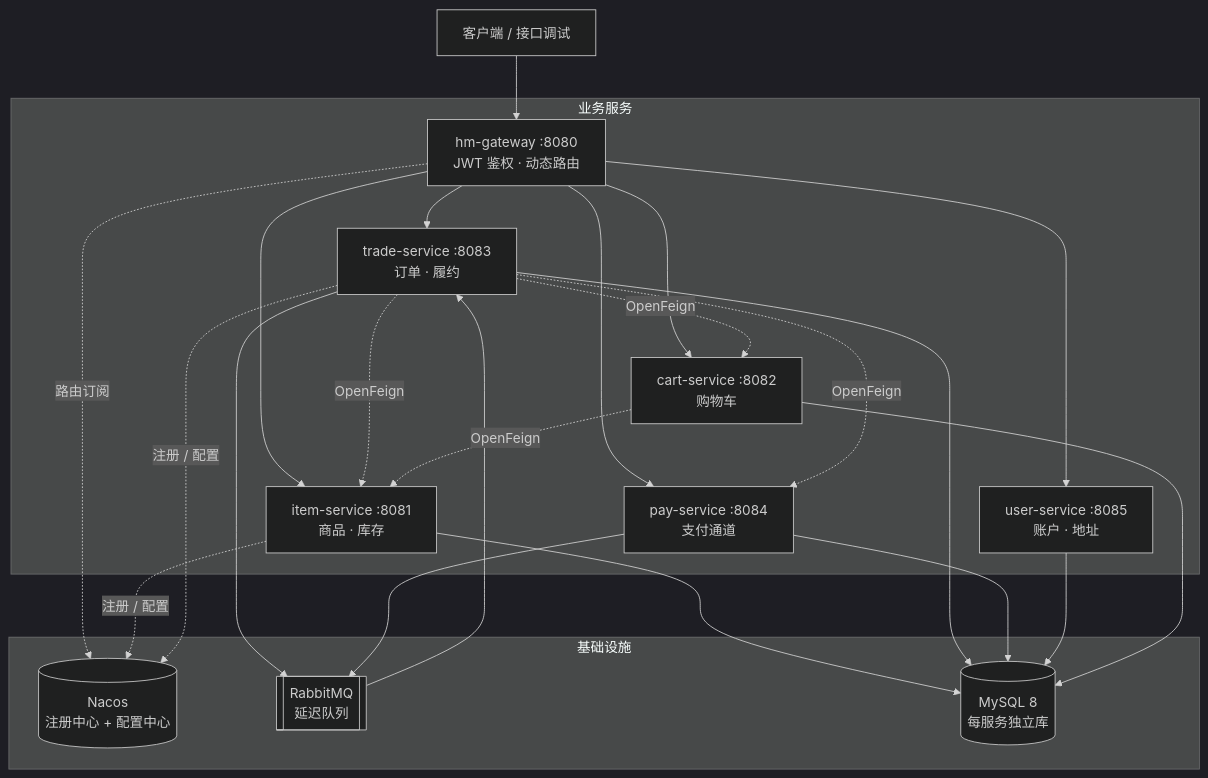
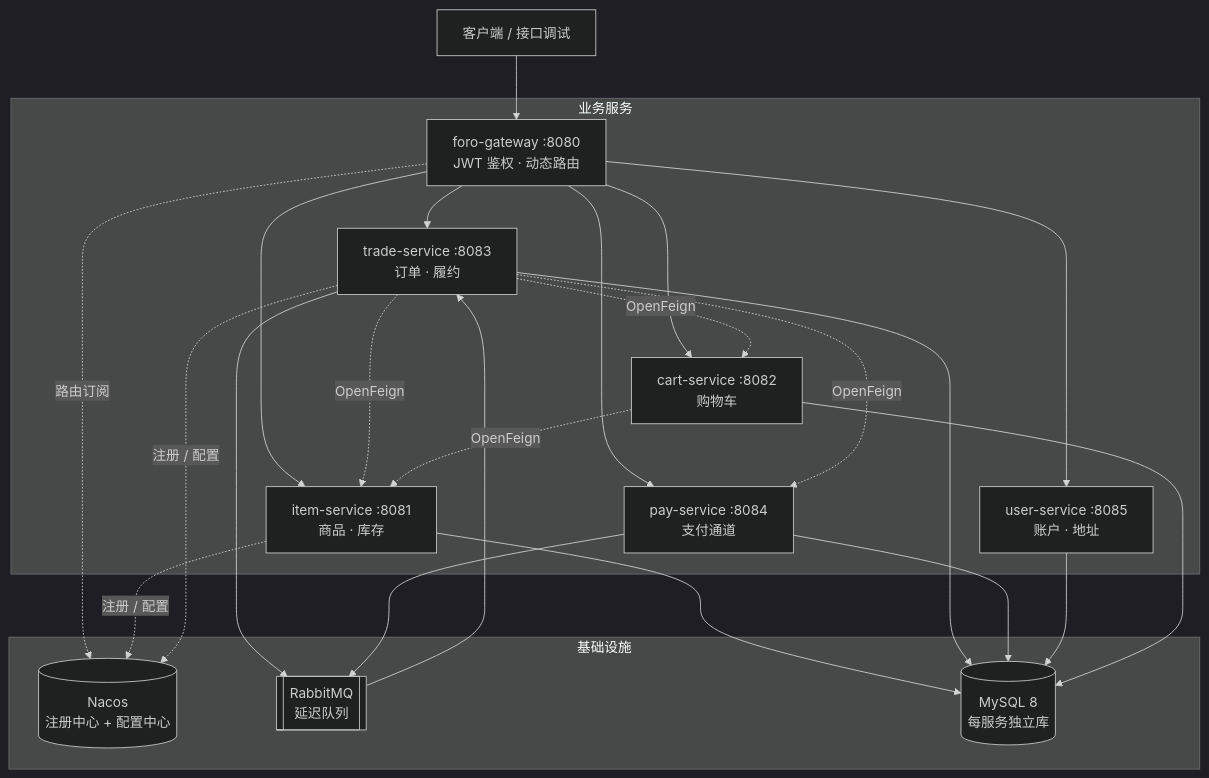
The first of 2 diagrams in README.md (Ayfwq/Foro), drawn with Mermaid (dark theme) before and after one commit. The commit also changed other lines of this file and 238 other files, not shown here.

````diff
--- a/README.md
+++ b/README.md
@@ -36,34 +36,34 @@
 ```mermaid
 flowchart TB
-    C["客户端 / 接口调试"] --> G["hm-gateway :8080<br/>JWT 鉴权 · 动态路由"]
+    C["客户端 / 接口调试"] --> G["foro-gateway :8080<br/>JWT 鉴权 · 动态路由"]
 
     subgraph 业务服务
         G --> I["item-service :8081<br/>商品 · 库存"]
         G --> CA["cart-service :8082<br/>购物车"]
         G --> T["trade-service :8083<br/>订单 · 履约"]
         G --> P["pay-service :8084<br/>支付通道"]
         G --> U["user-service :8085<br/>账户 · 地址"]
     end
 
     subgraph 基础设施
         N[("Nacos<br/>注册中心 + 配置中心")]
         MQ[["RabbitMQ<br/>延迟队列"]]
         DB[("MySQL 8<br/>每服务独立库")]
     end
 
     T -. OpenFeign .-> I
     T -. OpenFeign .-> CA
     T -. OpenFeign .-> P
     CA -. OpenFeign .-> I
     T --> MQ
     P --> MQ
     MQ --> T
     I --> DB
     T --> DB
     P --> DB
     U --> DB
     CA --> DB
     G -. 路由订阅 .-> N
     I -. 注册 / 配置 .-> N
     T -. 注册 / 配置 .-> N
 ```
````
